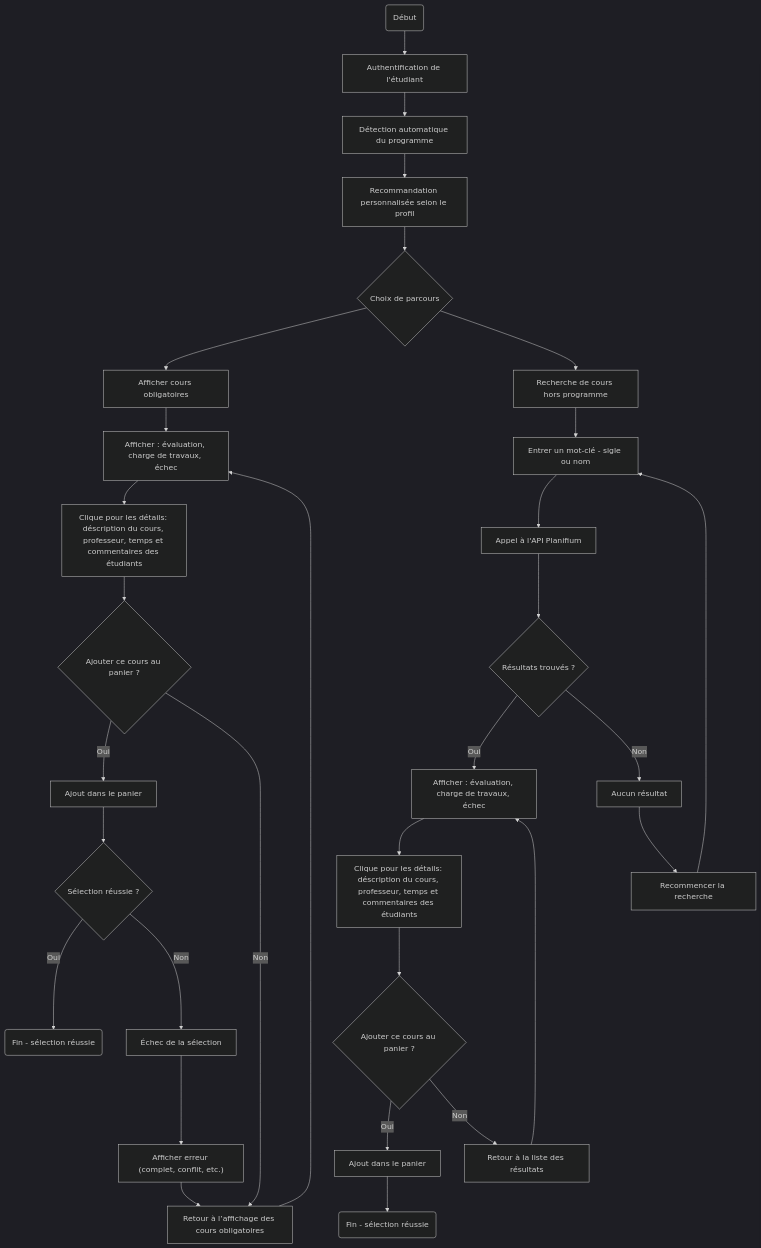
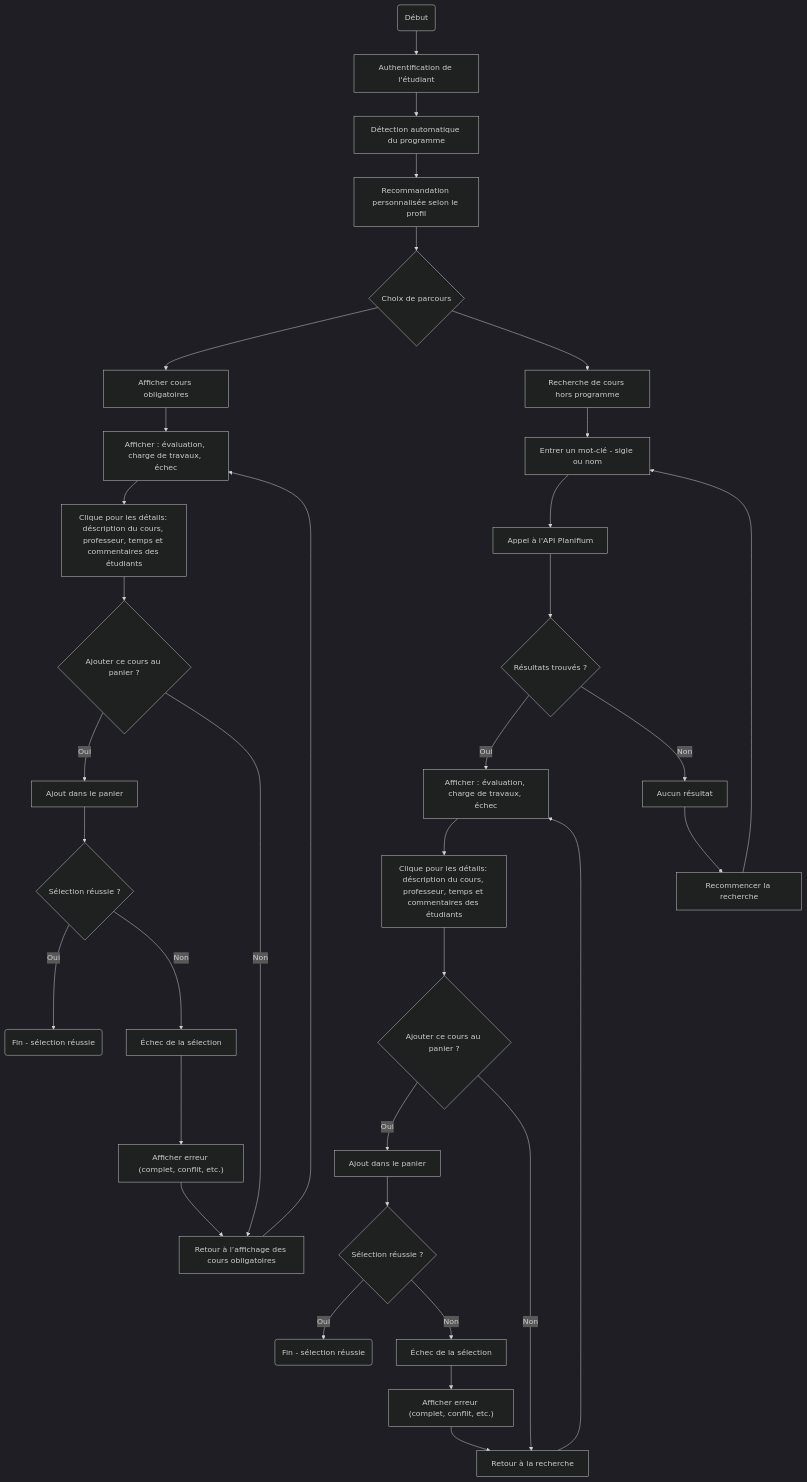
The diagram in docs/besoins/flux-principaux.md (cmpspablo01/template_devoir_genie_logiciel), drawn with Mermaid (dark theme) before and after one commit.

````diff
--- a/docs/besoins/flux-principaux.md
+++ b/docs/besoins/flux-principaux.md
@@ -15,40 +15,44 @@
 ```mermaid
 flowchart TD
     start(Début) --> auth[Authentification de l'étudiant]
     auth --> detectProg[Détection automatique du programme]
     detectProg --> recommandation[Recommandation personnalisée selon le profil]
     recommandation --> parallele{"Choix de parcours"}
 
     %% Branche 1 : Cours obligatoires
     parallele --> obligatoires[Afficher cours obligatoires]
     obligatoires --> afficheOblig[Afficher : évaluation, charge de travaux, échec]
     afficheOblig --> clicOblig[Clique pour les détails: déscription du cours, professeur, temps et commentaires des étudiants]
     clicOblig --> choixAjoutOblig{Ajouter ce cours au panier ?}
     choixAjoutOblig -- Oui --> ajoutOblig[Ajout dans le panier]
     choixAjoutOblig -- Non --> retourOblig[Retour à la liste des cours]
     retourOblig --> afficheOblig
     ajoutOblig --> verifOblig{Sélection réussie ?}
     verifOblig -- Oui --> fin1(Fin - sélection réussie)
     verifOblig -- Non --> echec1["Échec de la sélection"]
     echec1 --> msgErreur1["Afficher erreur (complet, conflit, etc.)"]
     msgErreur1 --> retourOblig[Retour à l’affichage des cours obligatoires]
     
 
     %% Branche 2 : Recherche de cours hors programme
     parallele --> recherche[Recherche de cours hors programme]
     recherche --> entreeMotCle[Entrer un mot-clé - sigle ou nom]
     entreeMotCle --> apiCall[Appel à l'API Planifium]
     apiCall --> resultats{Résultats trouvés ?}
 
     resultats -- Oui --> afficheCours[Afficher : évaluation, charge de travaux, échec]
     afficheCours --> clicDetails[Clique pour les détails: déscription du cours, professeur, temps et commentaires des étudiants]
     clicDetails --> choixAjoutHors{Ajouter ce cours au panier ?}
     choixAjoutHors -- Oui --> ajoutHors[Ajout dans le panier]
     choixAjoutHors -- Non --> retourHors[Retour à la liste des résultats]
     retourHors --> afficheCours
-    ajoutHors --> fin2(Fin - sélection réussie)
+    ajoutHors --> verifHors{Sélection réussie ?}
+    verifHors -- Oui --> fin2(Fin - sélection réussie)
+    verifHors -- Non --> echec2["Échec de la sélection"]
+    echec2 --> msgErreur2["Afficher erreur (complet, conflit, etc.)"]
+    msgErreur2 --> retourHors[Retour à la recherche]
 
     resultats -- Non --> rienTrouve["Aucun résultat"]
     rienTrouve --> nouvelleRecherche[Recommencer la recherche]
     nouvelleRecherche --> entreeMotCle
 ```
````
